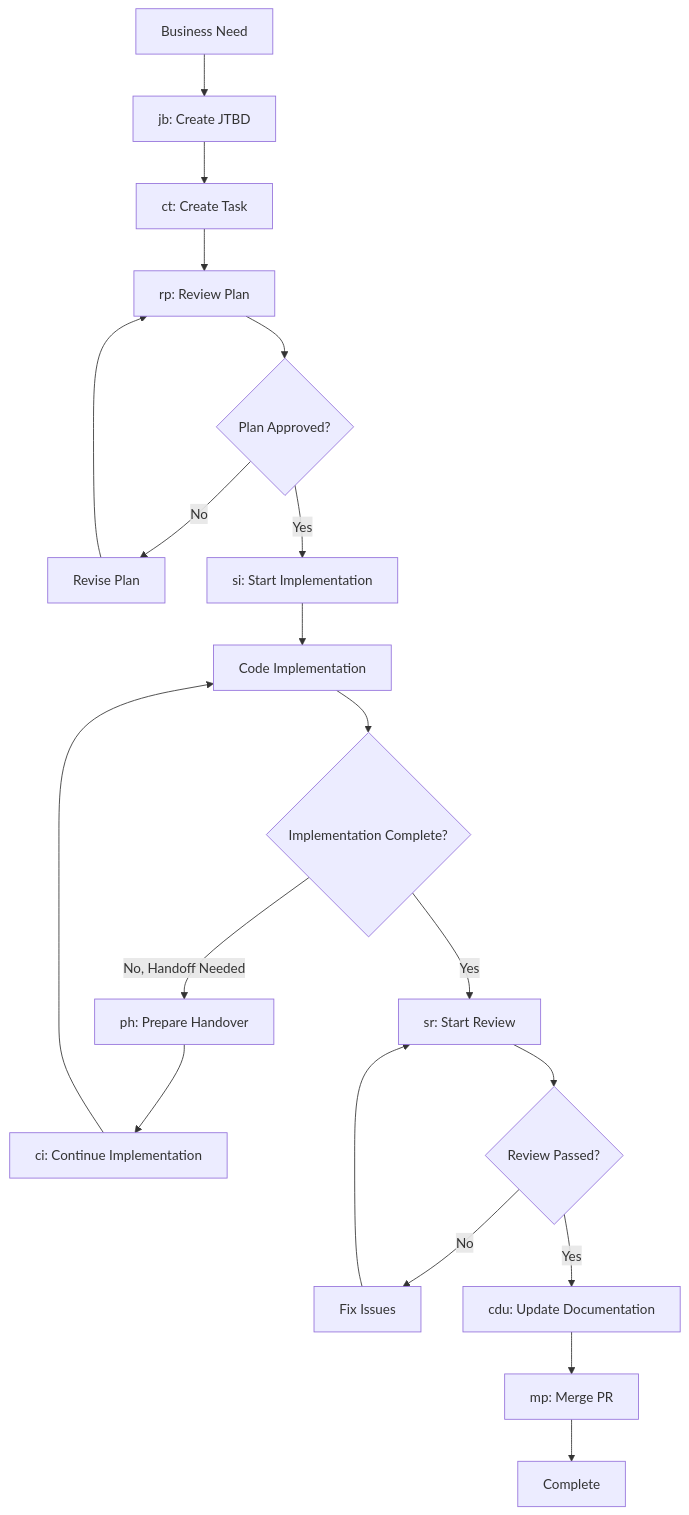
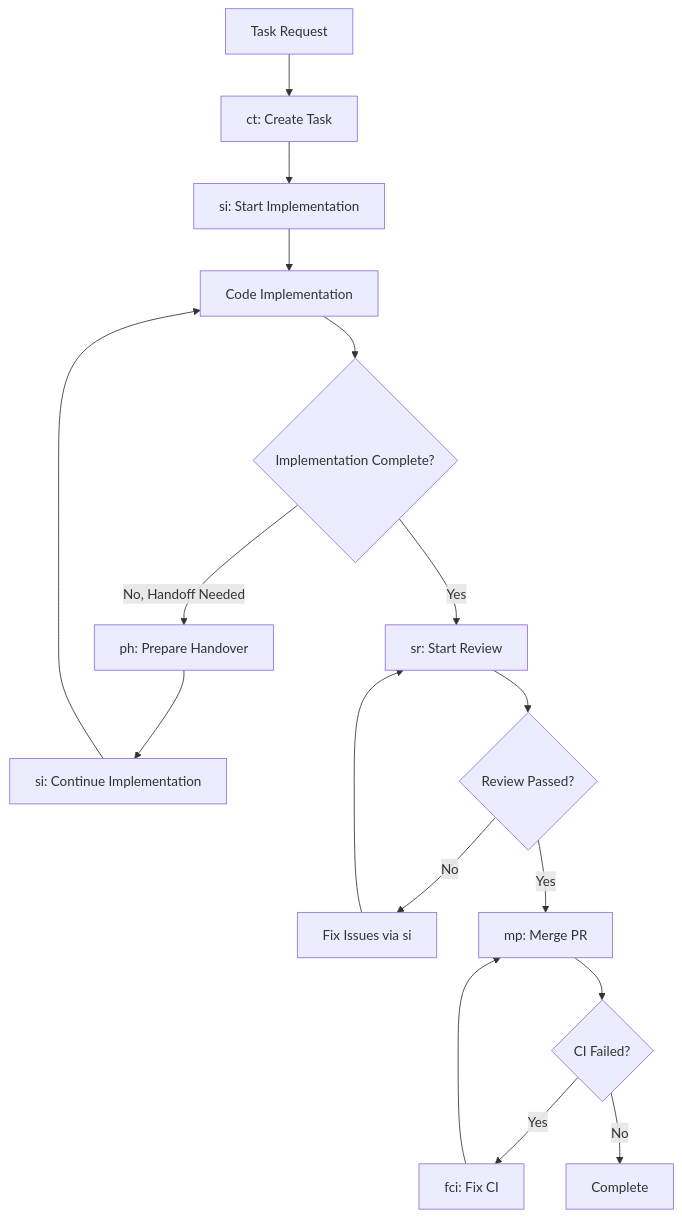
The diagram in .claude/commands/README.md (alexandrbasis/telegram-bot-v3), drawn with Mermaid before and after one commit. The commit also changed other lines of this file and 32 other files, not shown here.

````diff
--- a/.claude/commands/README.md
+++ b/.claude/commands/README.md
@@ -21,22 +18,19 @@
 ```mermaid
 graph TD
-    A[Business Need] --> B[jb: Create JTBD]
-    B --> C[ct: Create Task]
-    C --> D[rp: Review Plan]
-    D --> E{Plan Approved?}
-    E -->|No| F[Revise Plan]
-    F --> D
-    E -->|Yes| G[si: Start Implementation]
-    G --> H[Code Implementation]
-    H --> I{Implementation Complete?}
-    I -->|No, Handoff Needed| M[ph: Prepare Handover]
-    M --> N[ci: Continue Implementation]
-    N --> H
-    I -->|Yes| O[sr: Start Review]
-    O --> J{Review Passed?}
-    J -->|No| K[Fix Issues]
-    K --> O
-    J -->|Yes| P[cdu: Update Documentation]
-    P --> L[mp: Merge PR]
-    L --> Q[Complete]
+    A[Task Request] --> B[ct: Create Task]
+    B --> C[si: Start Implementation]
+    C --> D[Code Implementation]
+    D --> E{Implementation Complete?}
+    E -->|No, Handoff Needed| F[ph: Prepare Handover]
+    F --> G[si: Continue Implementation]
+    G --> D
+    E -->|Yes| H[sr: Start Review]
+    H --> I{Review Passed?}
+    I -->|No| J[Fix Issues via si]
+    J --> H
+    I -->|Yes| K[mp: Merge PR]
+    K --> L{CI Failed?}
+    L -->|Yes| M[fci: Fix CI]
+    M --> K
+    L -->|No| N[Complete]
 ```
````
